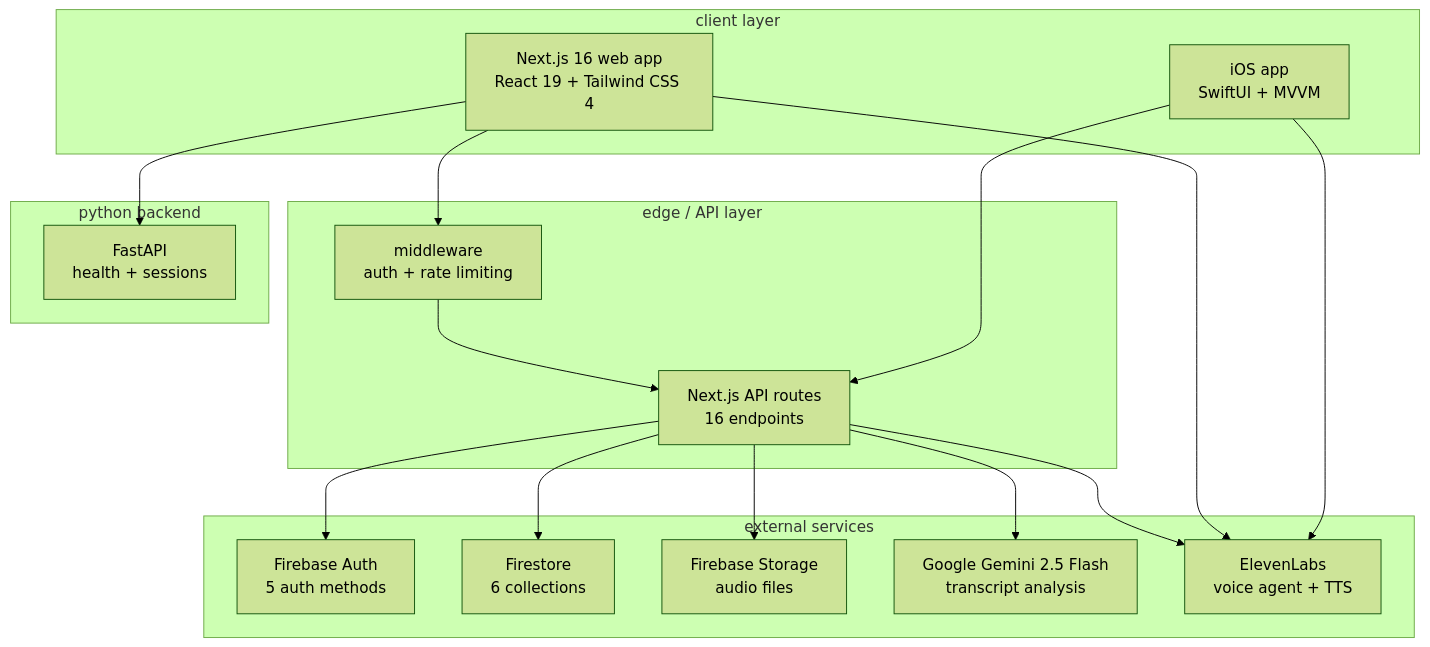
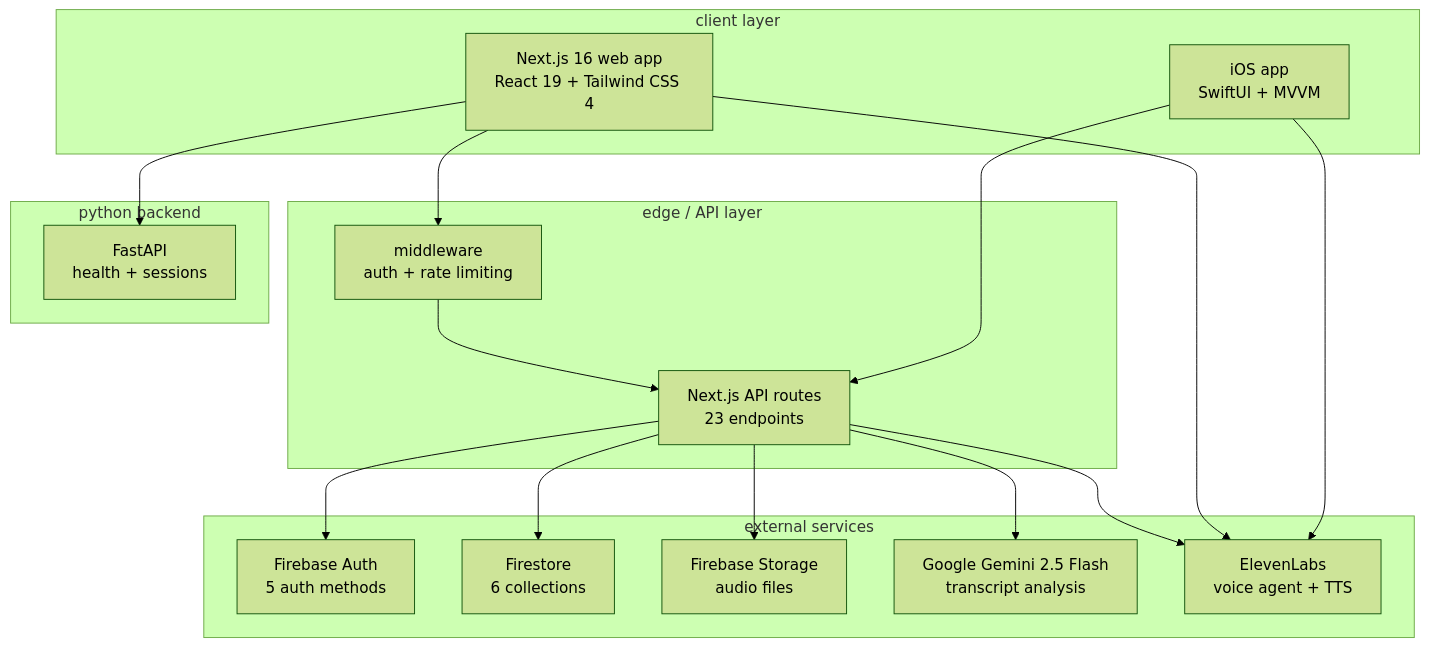
One commit to sunnypatell/culturelens changed the first of 3 diagrams in README.md. Above: the diagram before and after it, drawn with Mermaid (forest theme). The commit also changed other lines of this file, not shown here.

````diff
--- a/README.md
+++ b/README.md
@@ -223,35 +225,35 @@
 ```mermaid
 graph TB
     subgraph Client["client layer"]
         WEB["Next.js 16 web app<br/>React 19 + Tailwind CSS 4"]
         IOS["iOS app<br/>SwiftUI + MVVM"]
     end
 
     subgraph Edge["edge / API layer"]
-        API["Next.js API routes<br/>16 endpoints"]
+        API["Next.js API routes<br/>23 endpoints"]
         MW["middleware<br/>auth + rate limiting"]
     end
 
     subgraph Services["external services"]
         FB_AUTH["Firebase Auth<br/>5 auth methods"]
         FB_DB["Firestore<br/>6 collections"]
         FB_STORE["Firebase Storage<br/>audio files"]
         GEMINI["Google Gemini 2.5 Flash<br/>transcript analysis"]
         ELEVEN["ElevenLabs<br/>voice agent + TTS"]
     end
 
     subgraph Backend["python backend"]
         FAST["FastAPI<br/>health + sessions"]
     end
 
     WEB --> MW --> API
     IOS --> API
     API --> FB_AUTH
     API --> FB_DB
     API --> FB_STORE
     API --> GEMINI
     API --> ELEVEN
     WEB --> ELEVEN
     IOS --> ELEVEN
     WEB --> FAST
 ```
````
